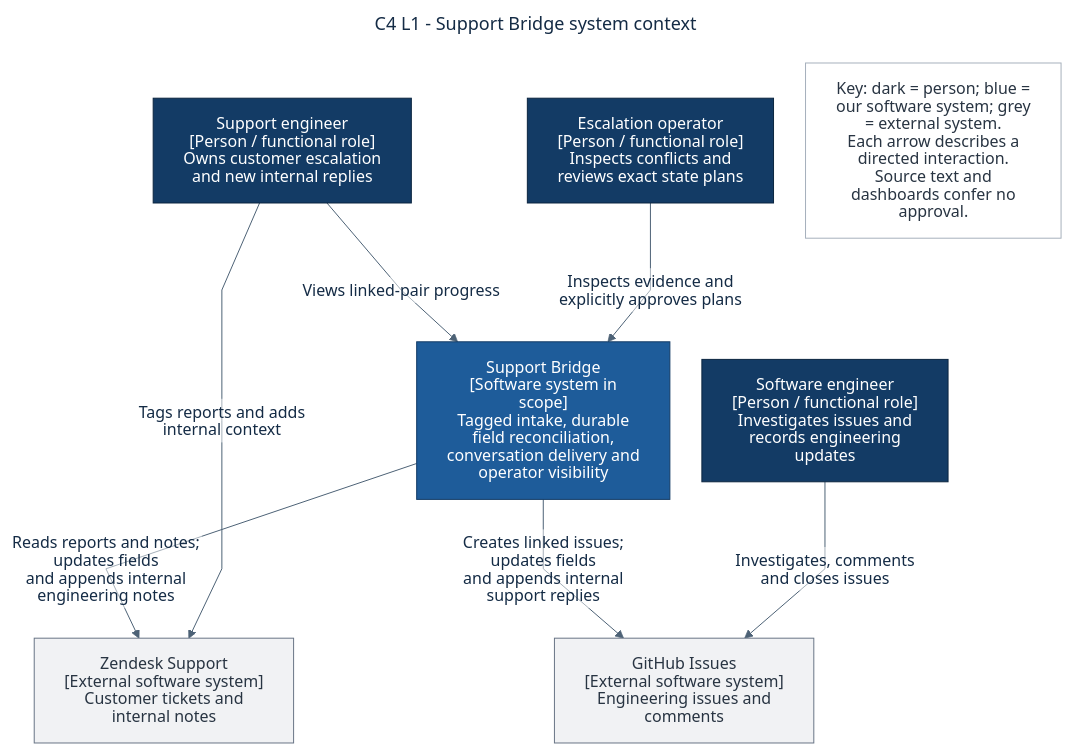
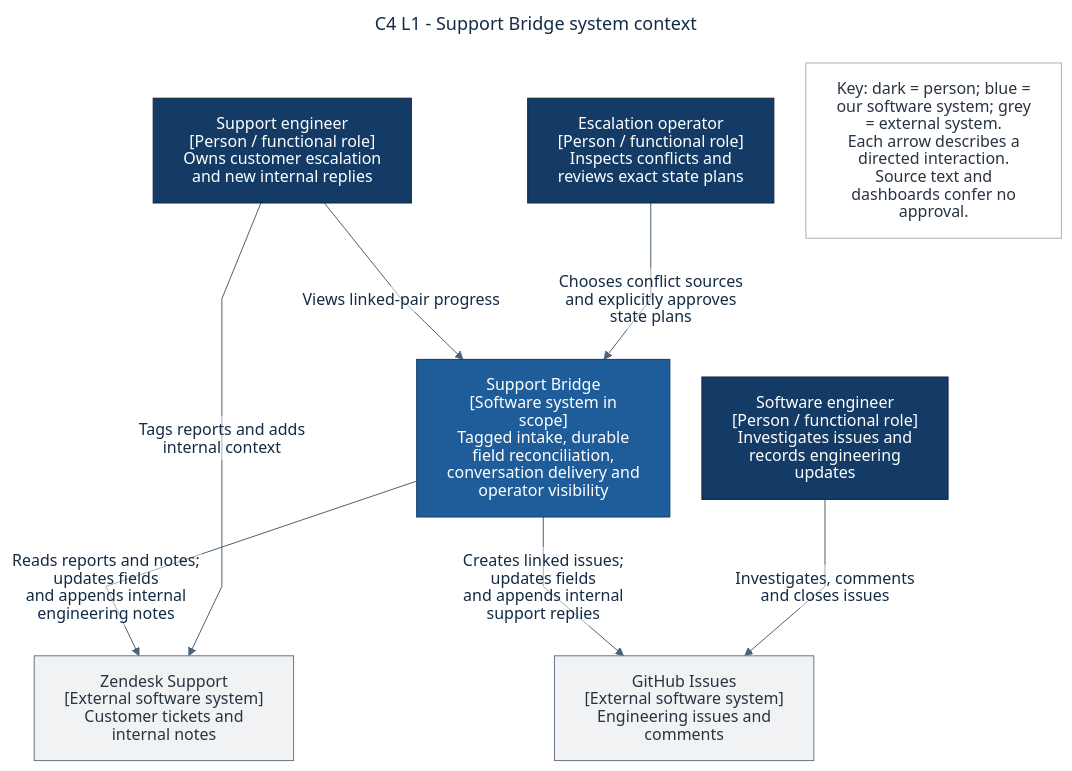
Before and after one commit to AlbertFlorescu/support-bridge: the diagram in docs/c4/source/01-context.mmd, drawn with Mermaid. The commit also changed 29 other files, not shown here.

```diff
--- a/docs/c4/source/01-context.mmd
+++ b/docs/c4/source/01-context.mmd
@@ -1,46 +1,46 @@
 ---
 title: C4 L1 - Support Bridge system context
 config:
   htmlLabels: false
   theme: base
   themeVariables:
     primaryColor: '#edf4ff'
     primaryTextColor: '#142b45'
     primaryBorderColor: '#456d9e'
     lineColor: '#4d6276'
     edgeLabelBackground: '#ffffff'
     noteBkgColor: '#f5f7fa'
     noteBorderColor: '#94a3b8'
   fontFamily: DejaVu Sans, sans-serif
   flowchart:
     htmlLabels: false
     curve: linear
     nodeSpacing: 32
     rankSpacing: 60
 ---
 flowchart TB
   accTitle: C4 L1 - Support Bridge system context
   accDescr: Support and engineering work in their source systems. An escalation operator reviews exact changes in Support Bridge. Roles do not establish separate authenticated identities.
   Support["Support engineer<br/>[Person / functional role]<br/>Owns customer escalation and new internal replies"]:::person
   Engineer["Software engineer<br/>[Person / functional role]<br/>Investigates issues and records engineering updates"]:::person
   Operator["Escalation operator<br/>[Person / functional role]<br/>Inspects conflicts and reviews exact state plans"]:::person
   Zendesk["Zendesk Support<br/>[External software system]<br/>Customer tickets and internal notes"]:::external
   GitHub["GitHub Issues<br/>[External software system]<br/>Engineering issues and comments"]:::external
   Bridge["Support Bridge<br/>[Software system in scope]<br/>Tagged intake, durable field reconciliation,<br/>conversation delivery and operator visibility"]:::system
 
   Support -->|"Tags reports and adds internal context"| Zendesk
   Engineer -->|"Investigates, comments and closes issues"| GitHub
-  Operator -->|"Inspects evidence and explicitly approves plans"| Bridge
+  Operator -->|"Chooses conflict sources and explicitly approves state plans"| Bridge
   Bridge -->|"Reads reports and notes; updates fields<br/>and appends internal engineering notes"| Zendesk
   Bridge -->|"Creates linked issues; updates fields<br/>and appends internal support replies"| GitHub
   Support -->|"Views linked-pair progress"| Bridge
 
   Legend["Key: dark = person; blue = our software system; grey = external system.<br/>Each arrow describes a directed interaction. Source text and dashboards confer no approval."]:::key
 
   classDef person fill:#133b65,stroke:#0b2540,color:#fff
   classDef system fill:#1e5c9a,stroke:#133b65,color:#fff
   classDef container fill:#e9f2fd,stroke:#245c95,color:#142b45
   classDef component fill:#eef4fd,stroke:#456d9e,color:#142b45
   classDef store fill:#e5f4eb,stroke:#28754c,color:#173e2a
   classDef external fill:#f1f2f4,stroke:#697586,color:#283442
   classDef key fill:#fff,stroke:#a6b0bc,color:#283442
```
